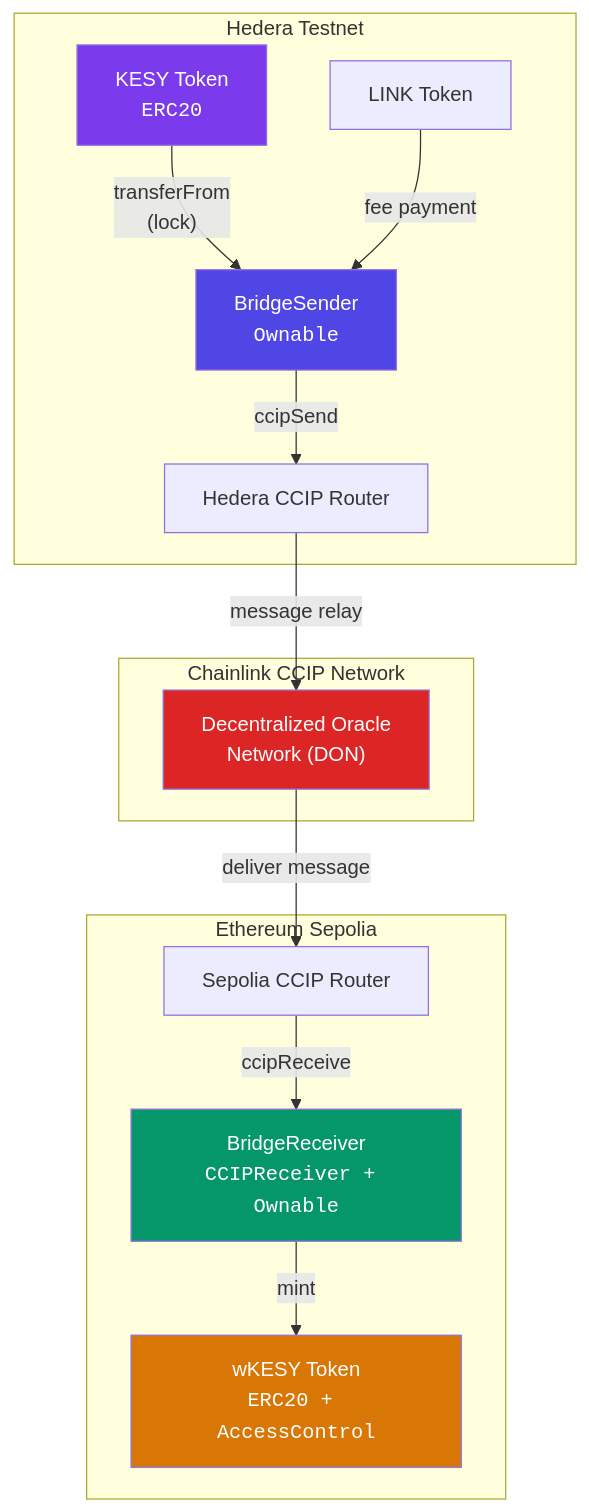
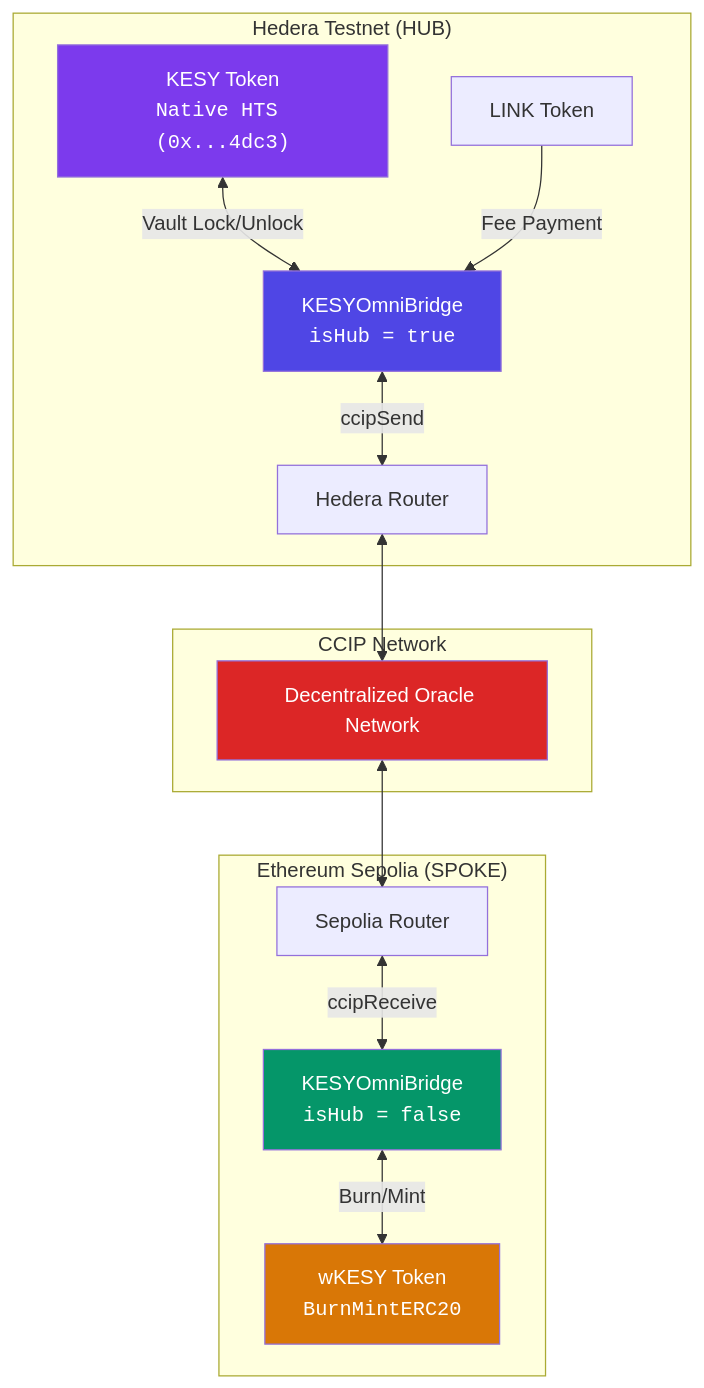
Before and after one commit to nhx-finance/bridge: the second of 2 diagrams in contracts/README.md, drawn with Mermaid. The commit also changed other lines of this file and 13 other files, not shown here.

Commit message:
feat: Implement KESYOmniBridge, replacing BridgeSender and BridgeReceiver contracts and updating deployment documentation.

````diff
--- a/contracts/README.md
+++ b/contracts/README.md
@@ -61,33 +46,33 @@
 ```mermaid
 graph TB
-    subgraph "Hedera Testnet"
-        KESY["KESY Token<br/><code>ERC20</code>"]
+    subgraph "Hedera Testnet (HUB)"
+        KESY["KESY Token<br/><code>Native HTS (0x...4dc3)</code>"]
         LINK_H["LINK Token"]
-        BS["BridgeSender<br/><code>Ownable</code>"]
-        HR["Hedera CCIP Router"]
+        Hub["KESYOmniBridge<br/><code>isHub = true</code>"]
+        HR["Hedera Router"]
     end
 
-    subgraph "Chainlink CCIP Network"
-        DON["Decentralized Oracle<br/>Network (DON)"]
+    subgraph "CCIP Network"
+        DON["Decentralized Oracle Network"]
     end
 
-    subgraph "Ethereum Sepolia"
-        SR["Sepolia CCIP Router"]
-        BR["BridgeReceiver<br/><code>CCIPReceiver + Ownable</code>"]
-        WKESY["wKESY Token<br/><code>ERC20 + AccessControl</code>"]
+    subgraph "Ethereum Sepolia (SPOKE)"
+        SR["Sepolia Router"]
+        Spoke["KESYOmniBridge<br/><code>isHub = false</code>"]
+        WKESY["wKESY Token<br/><code>BurnMintERC20</code>"]
     end
 
-    KESY -->|"transferFrom<br/>(lock)"| BS
-    LINK_H -->|"fee payment"| BS
-    BS -->|"ccipSend"| HR
-    HR -->|"message relay"| DON
-    DON -->|"deliver message"| SR
-    SR -->|"ccipReceive"| BR
-    BR -->|"mint"| WKESY
+    KESY <-->|"Vault Lock/Unlock"| Hub
+    LINK_H -->|"Fee Payment"| Hub
+    Hub <-->|"ccipSend"| HR
+    HR <--> DON
+    DON <--> SR
+    SR <-->|"ccipReceive"| Spoke
+    Spoke <-->|"Burn/Mint"| WKESY
 
-    style BS fill:#4F46E5,color:#fff
-    style BR fill:#059669,color:#fff
+    style Hub fill:#4F46E5,color:#fff
+    style Spoke fill:#059669,color:#fff
     style WKESY fill:#D97706,color:#fff
     style KESY fill:#7C3AED,color:#fff
     style DON fill:#DC2626,color:#fff
 ```
````
